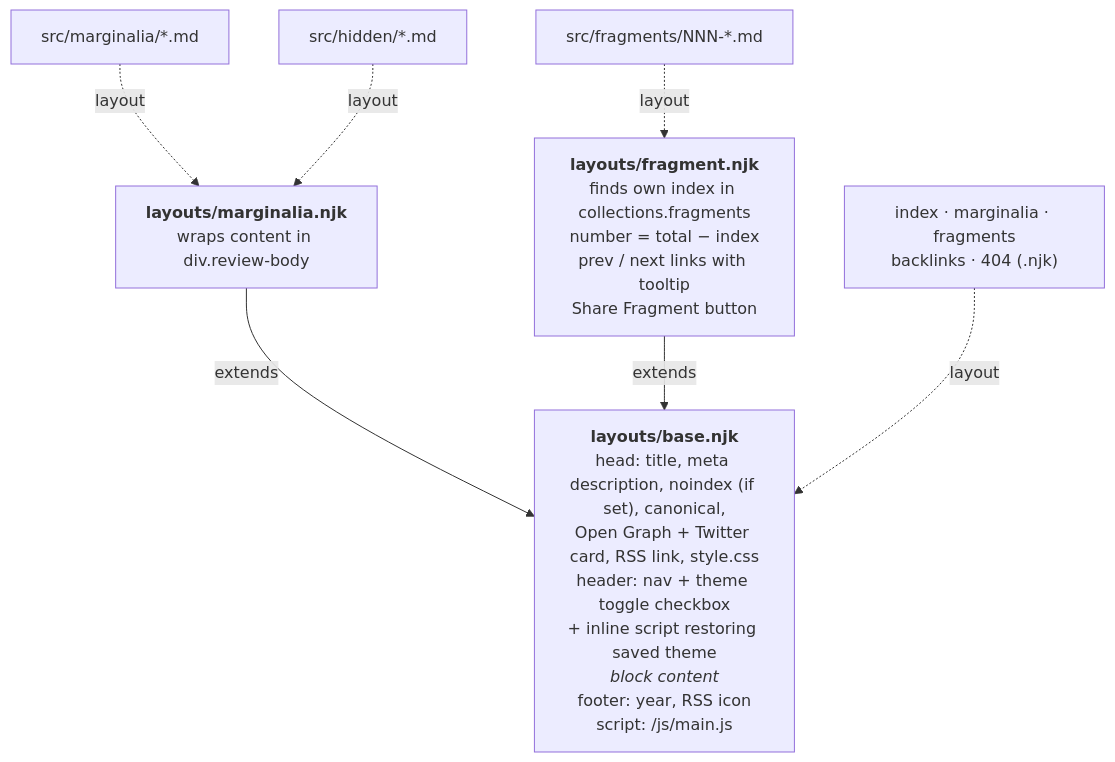
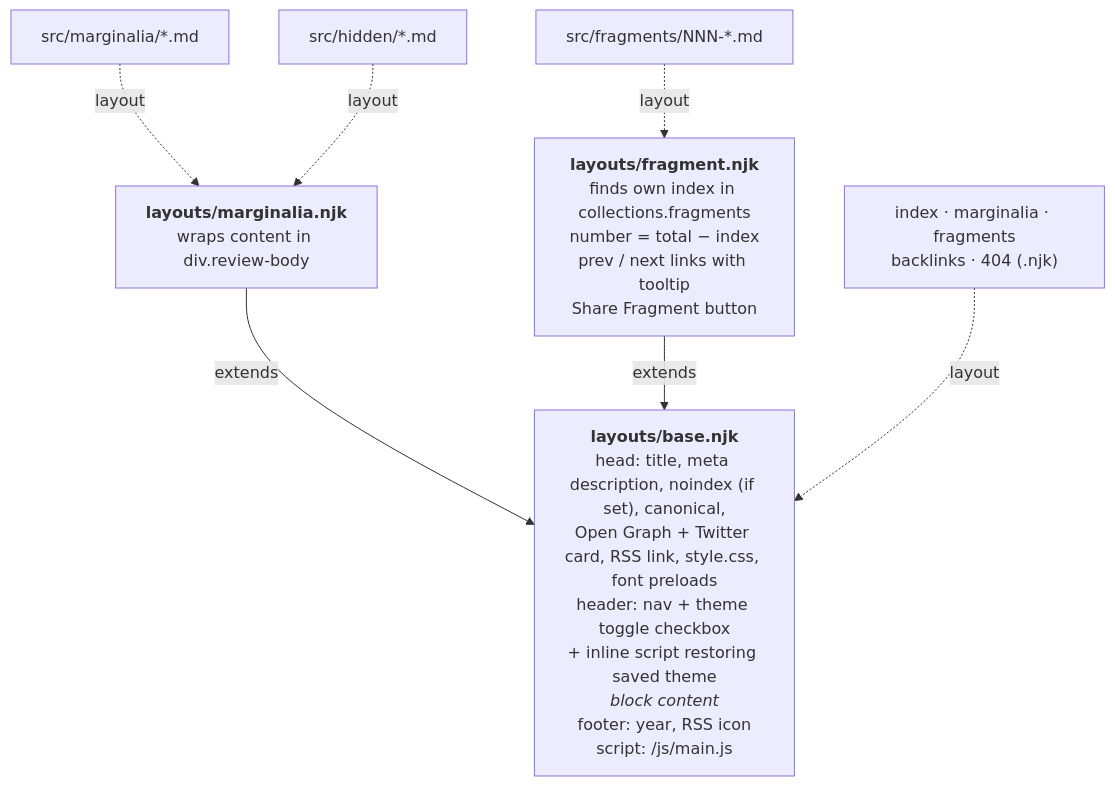
One commit to raoul-g/raoulyy-blog changed the fifth of 9 diagrams in ARCHITECTURE.md. Above: the diagram before and after it, drawn with Mermaid. The commit also changed other lines of this file and 10 other files, not shown here.

````diff
--- a/ARCHITECTURE.md
+++ b/ARCHITECTURE.md
@@ -161,14 +159,14 @@
 ```mermaid
 flowchart TB
-    BASE["<b>layouts/base.njk</b><br/>head: title, meta description, noindex (if set), canonical,<br/>Open Graph + Twitter card, RSS link, style.css<br/>header: nav + theme toggle checkbox<br/>+ inline script restoring saved theme<br/><i>block content</i><br/>footer: year, RSS icon<br/>script: /js/main.js"]
+    BASE["<b>layouts/base.njk</b><br/>head: title, meta description, noindex (if set), canonical,<br/>Open Graph + Twitter card, RSS link, style.css, font preloads<br/>header: nav + theme toggle checkbox<br/>+ inline script restoring saved theme<br/><i>block content</i><br/>footer: year, RSS icon<br/>script: /js/main.js"]
     MARG["<b>layouts/marginalia.njk</b><br/>wraps content in div.review-body"]
     FRAG["<b>layouts/fragment.njk</b><br/>finds own index in collections.fragments<br/>number = total − index<br/>prev / next links with tooltip<br/>Share Fragment button"]
 
     MARG -- extends --> BASE
     FRAG -- extends --> BASE
 
     MP["src/marginalia/*.md"] -. layout .-> MARG
     HP["src/hidden/*.md"] -. layout .-> MARG
     FP["src/fragments/NNN-*.md"] -. layout .-> FRAG
     PAGES["index · marginalia · fragments<br/>backlinks · 404 (.njk)"] -. layout .-> BASE
 ```
````
